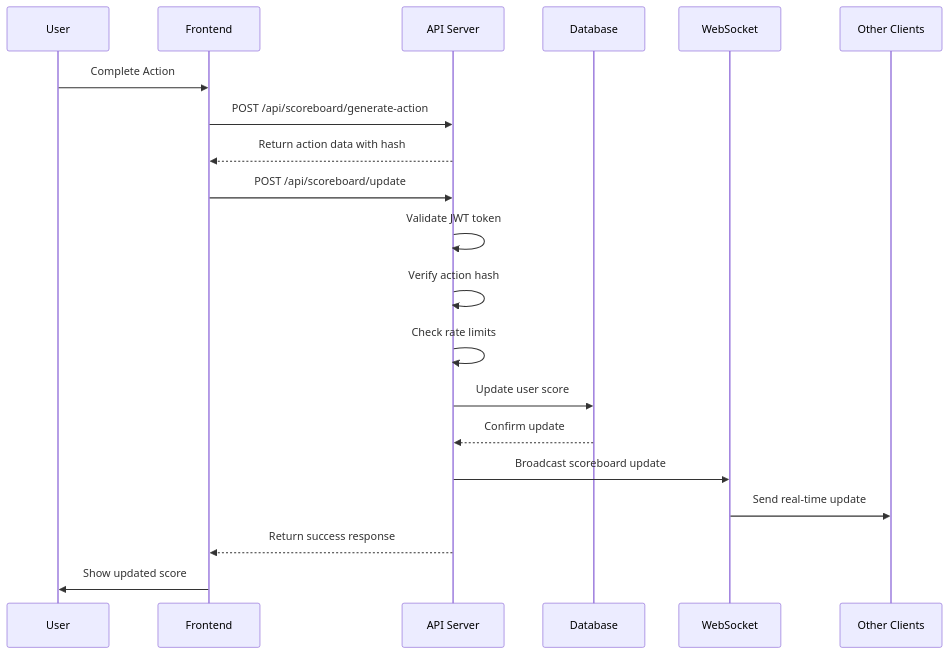
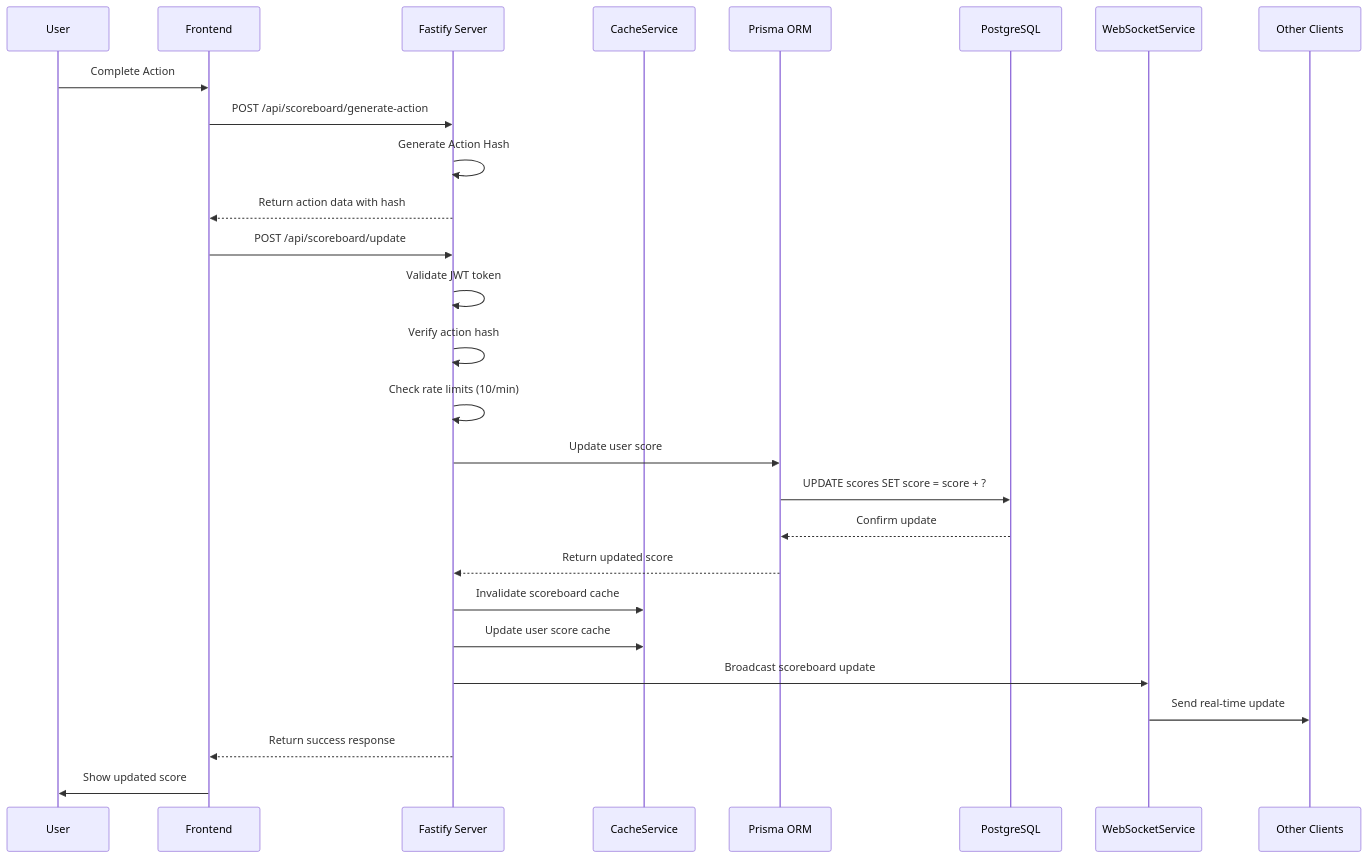
Diagram 16 of 22 in src/problem6/docs/FLOW_DIAGRAM.md (hashcott/code-challenge), drawn with Mermaid before and after one commit. The commit also changed other lines of this file, not shown here.

Commit message:
docs: flow diagram

````diff
--- a/src/problem6/docs/FLOW_DIAGRAM.md
+++ b/src/problem6/docs/FLOW_DIAGRAM.md
@@ -332,23 +339,30 @@
 ```mermaid
 sequenceDiagram
     participant U as User
     participant F as Frontend
-    participant A as API Server
-    participant D as Database
-    participant W as WebSocket
-    participant C as Other Clients
+    participant A as Fastify Server
+    participant C as CacheService
+    participant P as Prisma ORM
+    participant D as PostgreSQL
+    participant W as WebSocketService
+    participant O as Other Clients
     
     U->>F: Complete Action
     F->>A: POST /api/scoreboard/generate-action
+    A->>A: Generate Action Hash
     A-->>F: Return action data with hash
     F->>A: POST /api/scoreboard/update
     A->>A: Validate JWT token
     A->>A: Verify action hash
-    A->>A: Check rate limits
-    A->>D: Update user score
-    D-->>A: Confirm update
+    A->>A: Check rate limits (10/min)
+    A->>P: Update user score
+    P->>D: UPDATE scores SET score = score + ?
+    D-->>P: Confirm update
+    P-->>A: Return updated score
+    A->>C: Invalidate scoreboard cache
+    A->>C: Update user score cache
     A->>W: Broadcast scoreboard update
-    W->>C: Send real-time update
+    W->>O: Send real-time update
     A-->>F: Return success response
     F->>U: Show updated score
 ```
````
